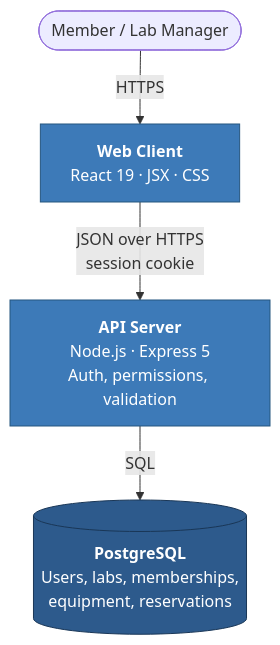
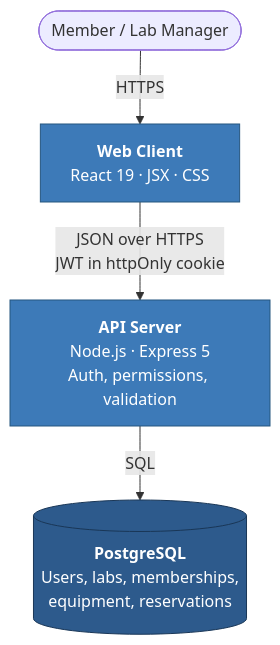
Before and after one commit to luke-mca/BenchTime: the second of 3 diagrams in docs/architecture.md, drawn with Mermaid. The commit also changed 28 other files, not shown here.

````diff
--- a/docs/architecture.md
+++ b/docs/architecture.md
@@ -38,17 +38,17 @@
 ```mermaid
 graph TB
     user(["Member / Lab Manager"])
 
     spa["<b>Web Client</b><br/>React 19 · JSX · CSS"]
     api["<b>API Server</b><br/>Node.js · Express 5<br/>Auth, permissions, validation"]
     db[("<b>PostgreSQL</b><br/>Users, labs, memberships,<br/>equipment, reservations")]
 
     user -->|HTTPS| spa
-    spa -->|"JSON over HTTPS<br/>session cookie"| api
+    spa -->|"JSON over HTTPS<br/>JWT in httpOnly cookie"| api
     api -->|SQL| db
 
     classDef c fill:#3d7ab8,stroke:#25567f,color:#fff
     classDef d fill:#2d5a8c,stroke:#1a3757,color:#fff
     class spa,api c
     class db d
 ```
````
